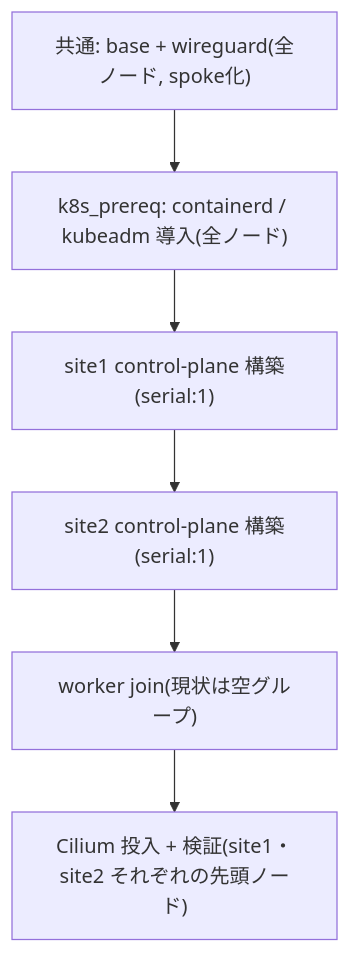
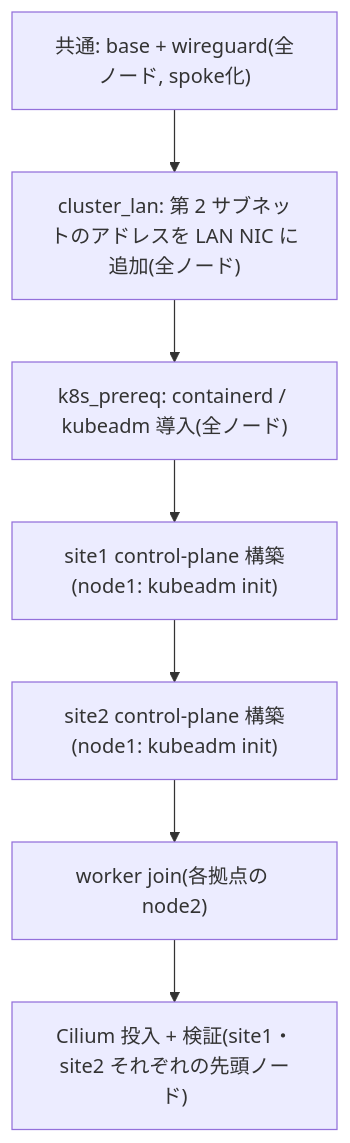
The diagram in docs/content/docs/admin/ansible.mdx (morinoparty/moripa-infra), drawn with Mermaid before and after one commit. The commit also changed other lines of this file and 75 other files, not shown here.

````diff
--- a/docs/content/docs/admin/ansible.mdx
+++ b/docs/content/docs/admin/ansible.mdx
@@ -55,8 +60,9 @@
 ```mermaid
 flowchart TD
-    A["共通: base + wireguard(全ノード, spoke化)"] --> B["k8s_prereq: containerd / kubeadm 導入(全ノード)"]
-    B --> C["site1 control-plane 構築(serial:1)"]
-    C --> D["site2 control-plane 構築(serial:1)"]
-    D --> E["worker join(現状は空グループ)"]
+    A["共通: base + wireguard(全ノード, spoke化)"] --> A2["cluster_lan: 第 2 サブネットのアドレスを LAN NIC に追加(全ノード)"]
+    A2 --> B["k8s_prereq: containerd / kubeadm 導入(全ノード)"]
+    B --> C["site1 control-plane 構築(node1: kubeadm init)"]
+    C --> D["site2 control-plane 構築(node1: kubeadm init)"]
+    D --> E["worker join(各拠点の node2)"]
     E --> F["Cilium 投入 + 検証(site1・site2 それぞれの先頭ノード)"]
 ```
````
